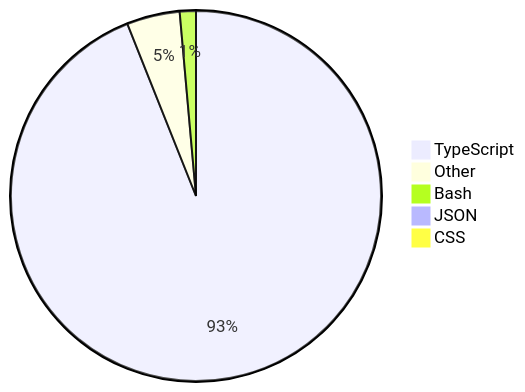
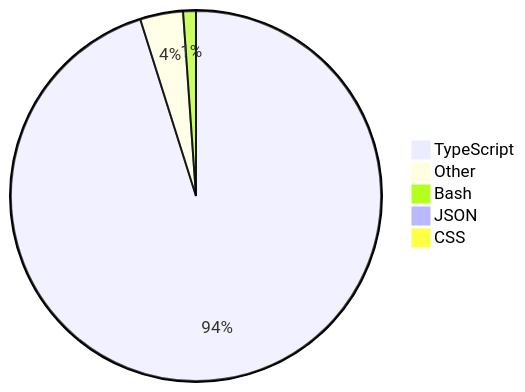
Before and after one commit to skvggor/skvggor: the diagram in README.md, drawn with Mermaid.

Commit message:
Updated waka-readme graph with new metrics

````diff
--- a/README.md
+++ b/README.md
@@ -16,8 +16,8 @@
 ```mermaid
 pie
-    "TypeScript" : 93.3
-    "Other" : 4.6
-    "Bash" : 1.4
-    "JSON" : 0.4
+    "TypeScript" : 93.9
+    "Other" : 3.7
+    "Bash" : 1.1
+    "JSON" : 0.9
     "CSS" : 0.2
 ```
````
